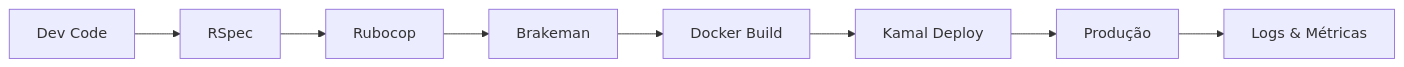
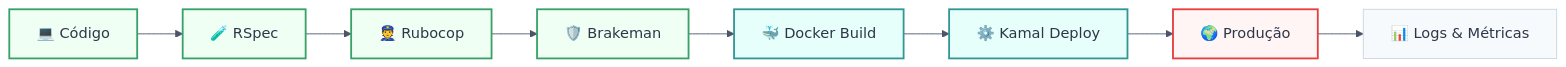
The third of 3 diagrams in contents/anubis.md (enogrob/project-qeevo-anubis), drawn with Mermaid before and after one commit. The commit also changed other lines of this file, not shown here.

````diff
--- a/contents/anubis.md
+++ b/contents/anubis.md
@@ -253,10 +281,18 @@
 ```mermaid
+%%{init: {'theme':'base','themeVariables': {'primaryColor':'#F7FAFC','primaryTextColor':'#2D3748','primaryBorderColor':'#CBD5E0','secondaryColor':'#E6FFFA','tertiaryColor':'#FFF5F5','lineColor':'#4A5568'}}}%%
 flowchart LR
-  Dev[Dev Code] --> Test[RSpec]
-  Test --> Lint[Rubocop]
-  Lint --> Sec[Brakeman]
-  Sec --> Build[Docker Build]
-  Build --> Deploy[Kamal Deploy]
-  Deploy --> Prod[Produção]
-  Prod --> Obs[Logs & Métricas]
+  Dev["💻 Código"] --> Test["🧪 RSpec"]
+  Test --> Lint["👮 Rubocop"]
+  Lint --> Sec["🛡️ Brakeman"]
+  Sec --> Build["🐳 Docker Build"]
+  Build --> Deploy["⚙️ Kamal Deploy"]
+  Deploy --> Prod["🌍 Produção"]
+  Prod --> Obs["📊 Logs & Métricas"]
+
+  classDef step fill:#F0FFF4,stroke:#38A169,stroke-width:2px;
+  classDef risk fill:#FFF5F5,stroke:#E53E3E,stroke-width:2px;
+  classDef infra fill:#E6FFFA,stroke:#319795,stroke-width:2px;
+  class Dev,Test,Lint,Sec step;
+  class Build,Deploy infra;
+  class Prod risk;
 ```
````
